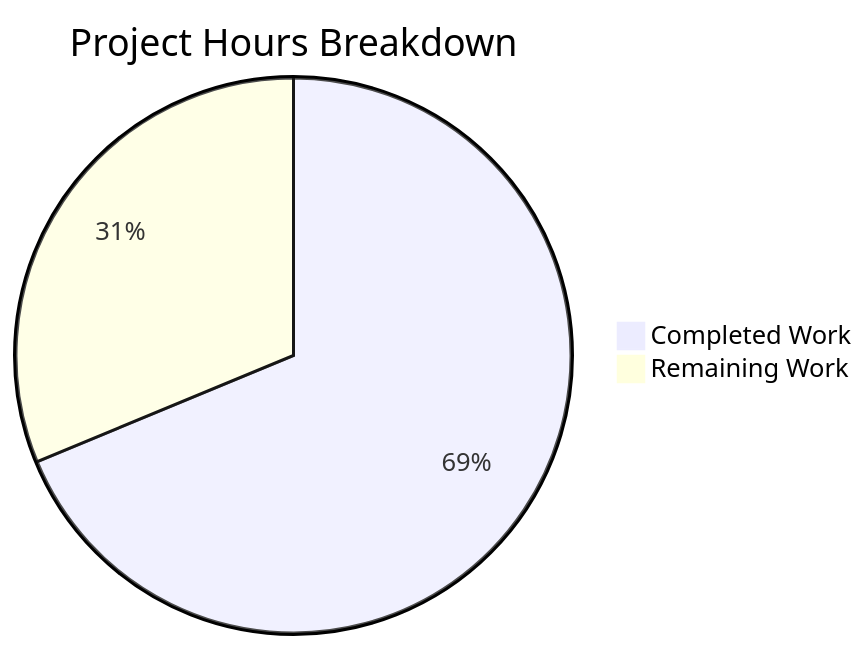
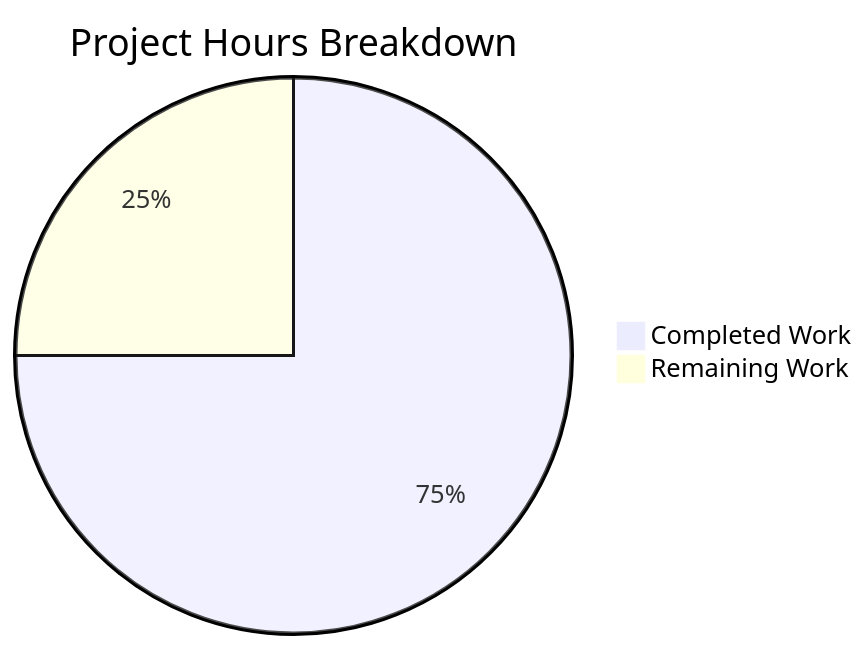
Before and after one commit to Sandeep01Kumar/SK-30-JAN: the diagram in blitzy/documentation/Project Guide.md, drawn with Mermaid. The commit also changed other lines of this file, not shown here.

````diff
--- a/blitzy/documentation/Project Guide.md
+++ b/blitzy/documentation/Project Guide.md
@@ -97,5 +104,5 @@
 ```mermaid
 pie title Project Hours Breakdown
-    "Completed Work" : 11
+    "Completed Work" : 15
     "Remaining Work" : 5
 ```
````
